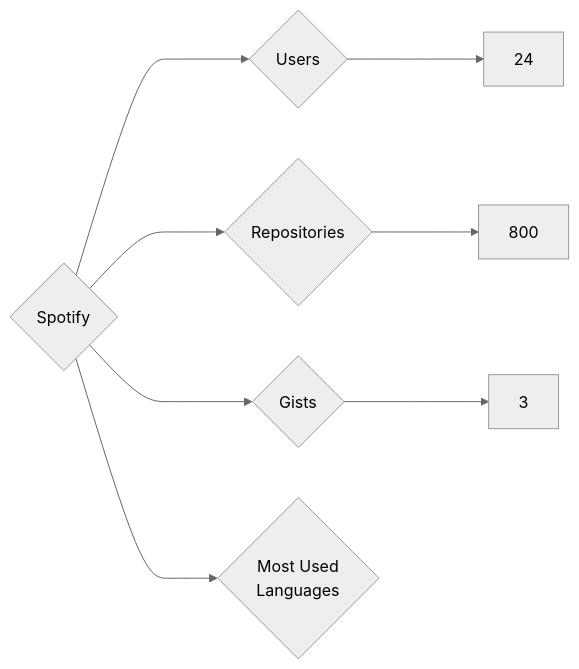
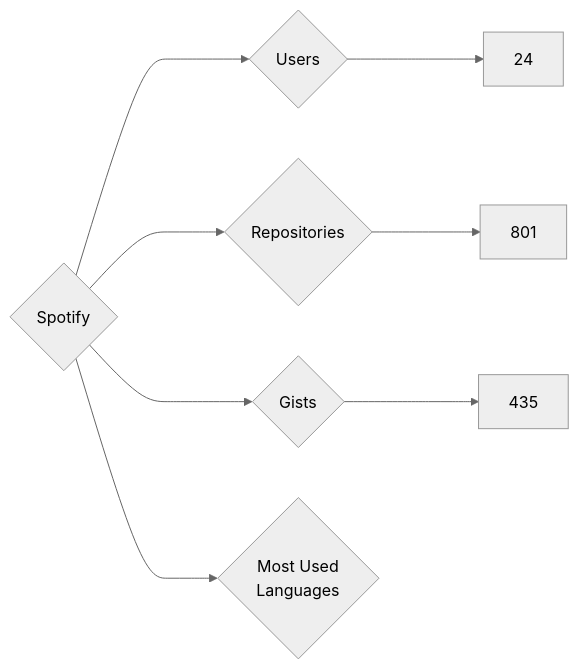
The diagram in targets/Spotify/README.md (nenadzaric/insiders), drawn with Mermaid (neutral theme) before and after one commit. The commit also changed 1342 other files, not shown here.

````diff
--- a/targets/Spotify/README.md
+++ b/targets/Spotify/README.md
@@ -3,8 +3,8 @@
 ```mermaid
 graph LR
 COMPANY_NAME{Spotify}
 COMPANY_NAME ---> U{Users} ---> UN[24]
-COMPANY_NAME ---> R{Repositories} ---> RN[800]
-COMPANY_NAME ---> G{Gists} ---> GN[3]
+COMPANY_NAME ---> R{Repositories} ---> RN[801]
+COMPANY_NAME ---> G{Gists} ---> GN[435]
 COMPANY_NAME ---> ML{Most Used<br>Languages}
 ```
````
